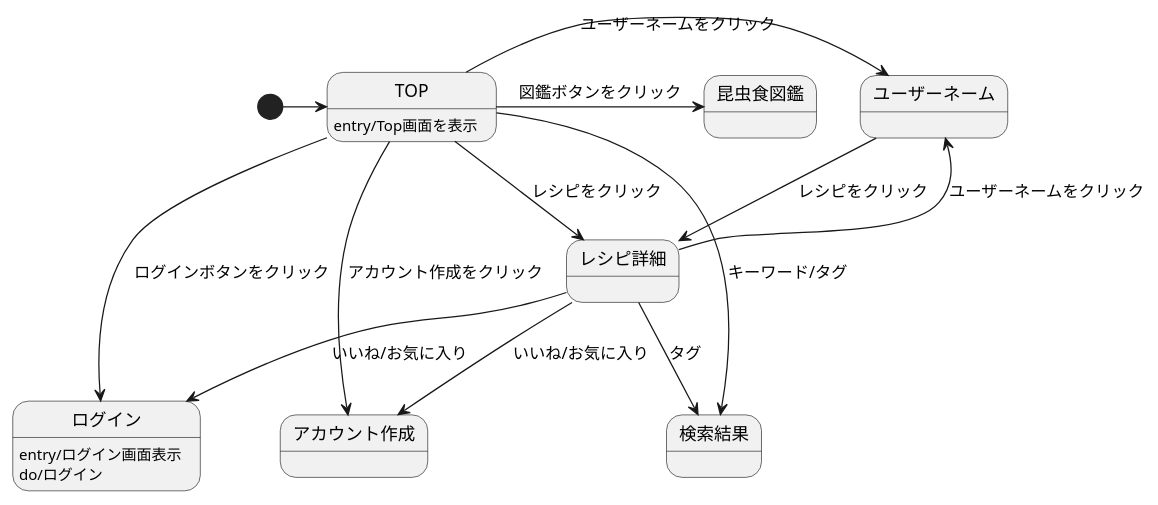
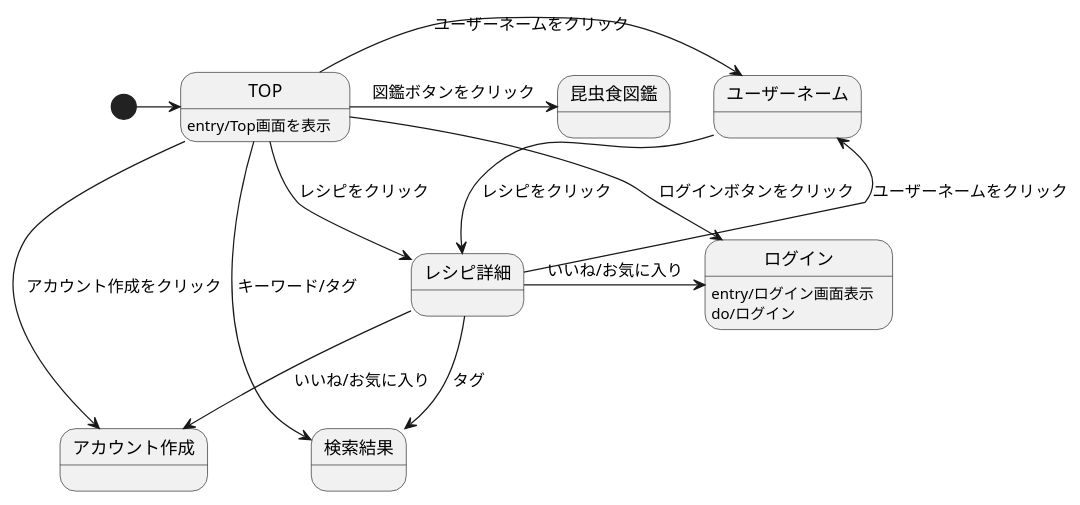
Before and after one commit to ASO2001040/bugbug-design: the diagram in ScreenTransitionDiagram.md, drawn with PlantUML.

````diff
--- a/ScreenTransitionDiagram.md
+++ b/ScreenTransitionDiagram.md
@@ -1,20 +1,20 @@
 ```uml
 @startuml
 [*]->TOP
 
 TOP : entry/Top画面を表示
 TOP->ログイン: ログインボタンをクリック
 TOP->アカウント作成: アカウント作成をクリック
 TOP->昆虫食図鑑: 図鑑ボタンをクリック
 TOP->ユーザーネーム: ユーザーネームをクリック
 TOP->レシピ詳細: レシピをクリック
 TOP->検索結果: キーワード/タグ
 ユーザーネーム-->レシピ詳細: レシピをクリック
 レシピ詳細-->ユーザーネーム: ユーザーネームをクリック
 レシピ詳細-->検索結果: タグ
 レシピ詳細-->アカウント作成: いいね/お気に入り
-レシピ詳細-->ログイン: いいね/お気に入り
+レシピ詳細->ログイン: いいね/お気に入り
 ログイン: entry/ログイン画面表示
 ログイン : do/ログイン
 @enduml
 ```
````
